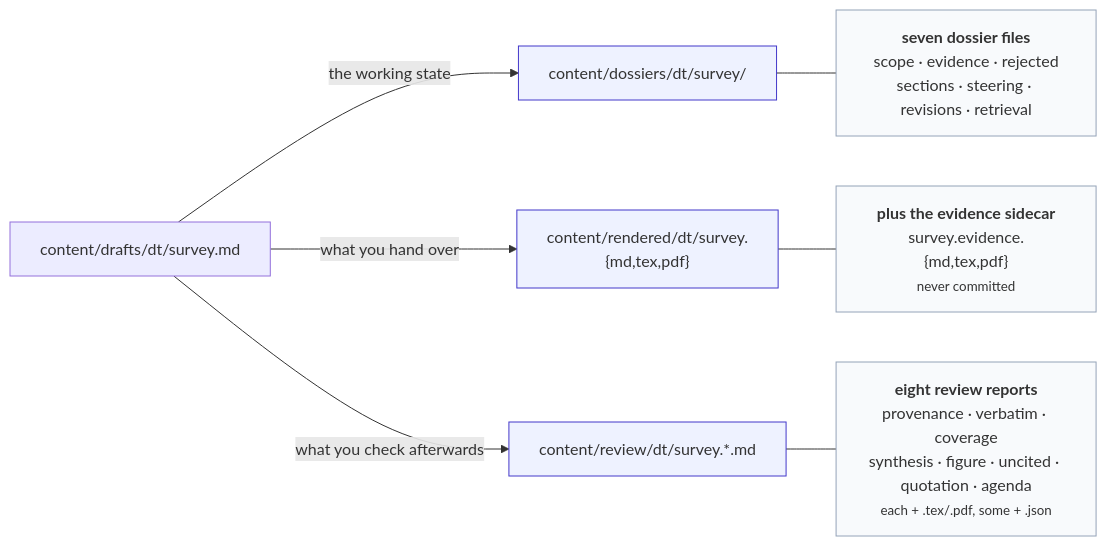
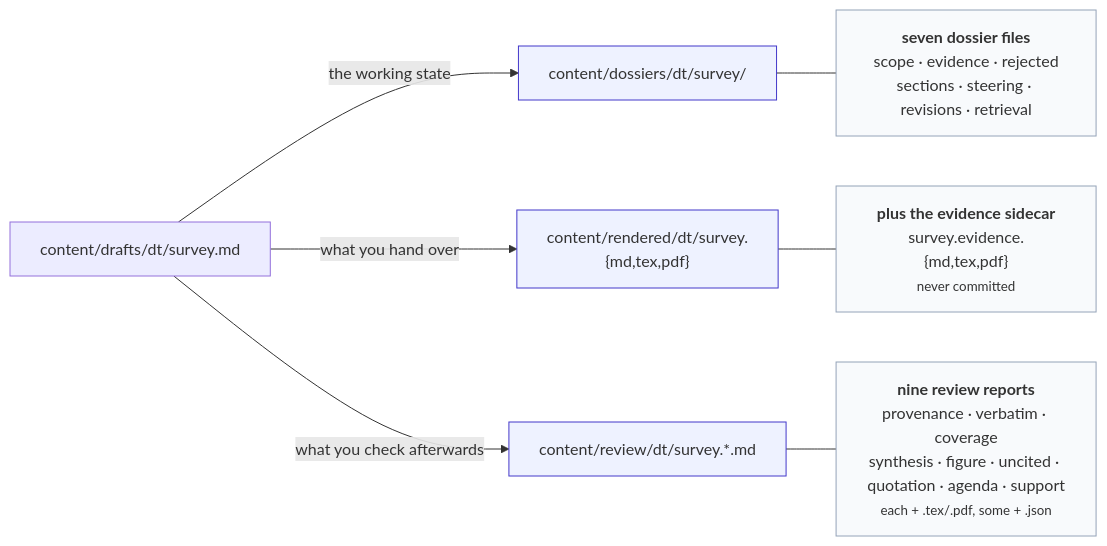
One commit to prasadtalasila/chitragupta changed the third of 3 diagrams in docs/FEATURES.md. Above: the diagram before and after it, drawn with Mermaid. The commit also changed other lines of this file and 19 other files, not shown here.

First line of the commit message:
Document the claim-support aid everywhere the review layer's aid count is checked

````diff
--- a/docs/FEATURES.md
+++ b/docs/FEATURES.md
@@ -189,22 +189,22 @@
 ```mermaid
 flowchart LR
   DR["content/drafts/dt/survey.md"]
   DO["content/dossiers/dt/survey/"]
   RE["content/rendered/dt/survey.{md,tex,pdf}"]
   RV["content/review/dt/survey.*.md"]
 
   DR -->|"the working state"| DO
   DR -->|"what you hand over"| RE
   DR -->|"what you check afterwards"| RV
 
   DO --- N["<b>seven dossier files</b><br/>scope · evidence · rejected<br/>sections · steering · revisions · retrieval"]
   RE --- M["<b>plus the evidence sidecar</b><br/>survey.evidence.{md,tex,pdf}<br/><small>never committed</small>"]
-  RV --- P["<b>eight review reports</b><br/>provenance · verbatim · coverage<br/>synthesis · figure · uncited · quotation · agenda<br/><small>each + .tex/.pdf, some + .json</small>"]
+  RV --- P["<b>nine review reports</b><br/>provenance · verbatim · coverage<br/>synthesis · figure · uncited · quotation · agenda · support<br/><small>each + .tex/.pdf, some + .json</small>"]
 
   style DO fill:#eef2ff,stroke:#4338ca
   style RE fill:#eef2ff,stroke:#4338ca
   style RV fill:#eef2ff,stroke:#4338ca
   style N fill:#f8fafc,stroke:#94a3b8
   style M fill:#f8fafc,stroke:#94a3b8
   style P fill:#f8fafc,stroke:#94a3b8
 ```
````
